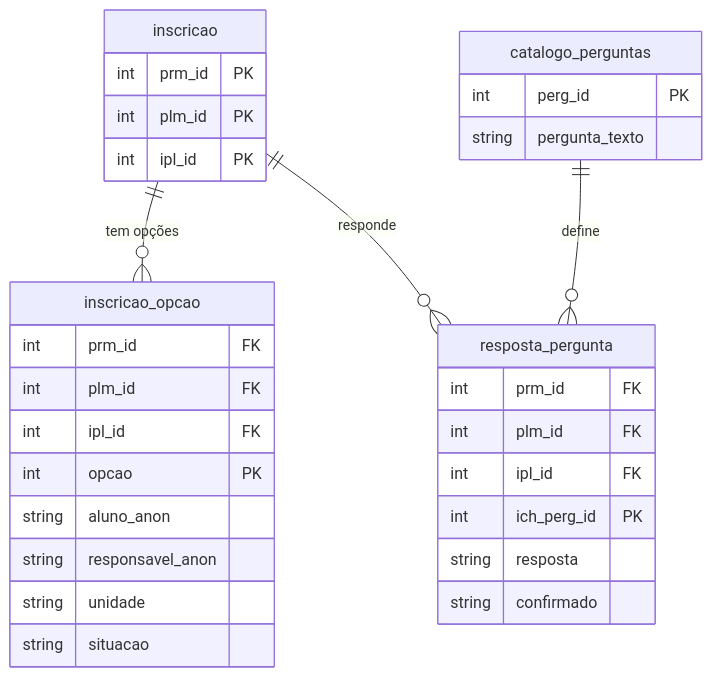
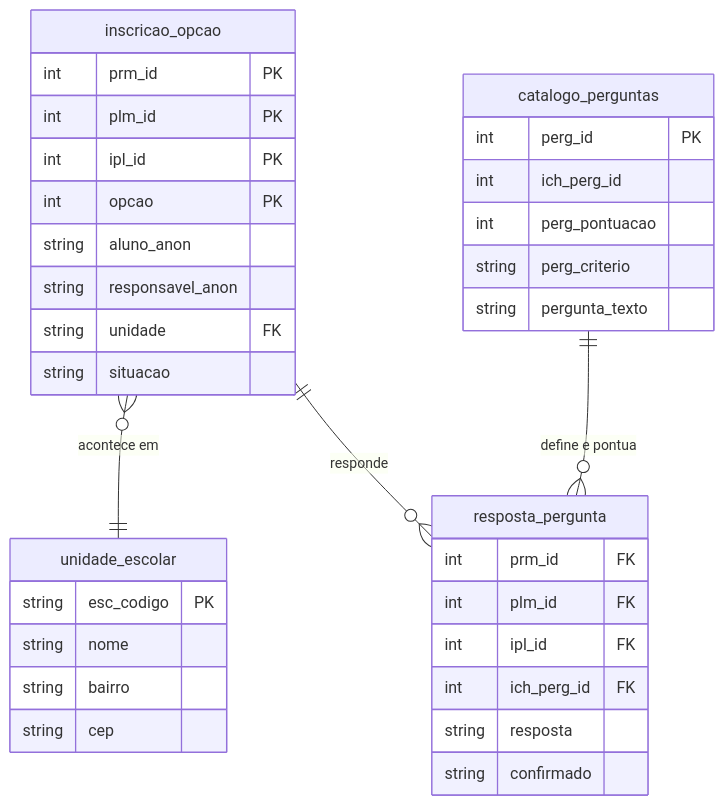
One commit to eduardocunhagit/dadoscreche changed the diagram in README.md. Above: the diagram before and after it, drawn with Mermaid. The commit also changed other lines of this file and 1 other file, not shown here.

````diff
--- a/README.md
+++ b/README.md
@@ -63,37 +74,41 @@
 ```mermaid
 erDiagram
-    inscricao ||--o{ inscricao_opcao : "tem opções"
-    inscricao ||--o{ resposta_pergunta : "responde"
-    catalogo_perguntas ||--o{ resposta_pergunta : "define"
+    inscricao_opcao }o--|| unidade_escolar : "acontece em"
+    inscricao_opcao ||--o{ resposta_pergunta : "responde"
+    catalogo_perguntas ||--o{ resposta_pergunta : "define e pontua"
 
-    inscricao {
+    inscricao_opcao {
         int prm_id PK
         int plm_id PK
         int ipl_id PK
-    }
-
-    inscricao_opcao {
-        int prm_id FK
-        int plm_id FK
-        int ipl_id FK
         int opcao PK
         string aluno_anon
         string responsavel_anon
-        string unidade
+        string unidade FK
         string situacao
     }
 
     resposta_pergunta {
         int prm_id FK
         int plm_id FK
         int ipl_id FK
-        int ich_perg_id PK
+        int ich_perg_id FK
         string resposta
         string confirmado
     }
 
     catalogo_perguntas {
         int perg_id PK
+        int ich_perg_id
+        int perg_pontuacao
+        string perg_criterio
         string pergunta_texto
     }
+
+    unidade_escolar {
+        string esc_codigo PK
+        string nome
+        string bairro
+        string cep
+    }
 ```
````
